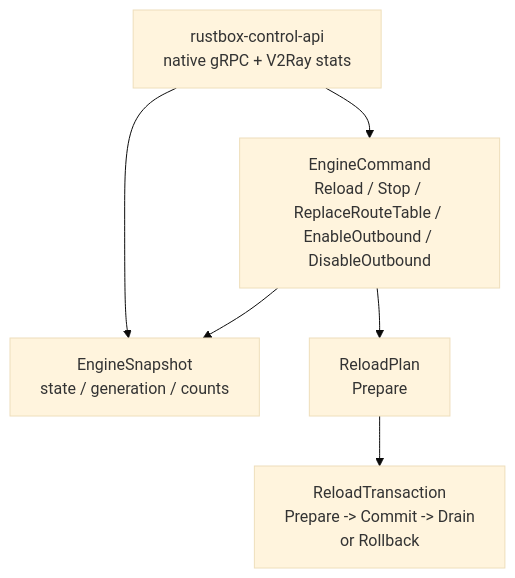
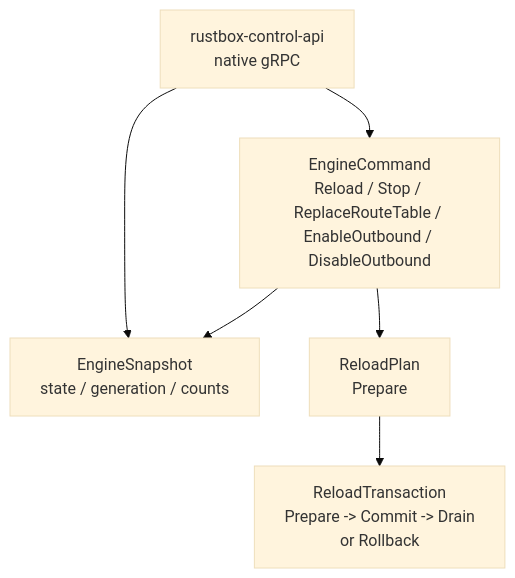
One commit to loafman1120/RustBox changed the fourth of 9 diagrams in docs/current-architecture.md. Above: the diagram before and after it, drawn with Mermaid (base theme). The commit also changed other lines of this file and 5 other files, not shown here.

Commit message:
Add control gRPC smoke CI

````diff
--- a/docs/current-architecture.md
+++ b/docs/current-architecture.md
@@ -337,14 +337,14 @@
 ```mermaid
 flowchart TB
     CMD["EngineCommand\nReload / Stop / ReplaceRouteTable / EnableOutbound / DisableOutbound"]
     SNAP["EngineSnapshot\nstate / generation / counts"]
     PLAN["ReloadPlan\nPrepare"]
     TX["ReloadTransaction\nPrepare -> Commit -> Drain\nor Rollback"]
-    API["rustbox-control-api\nnative gRPC + V2Ray stats"]
+    API["rustbox-control-api\nnative gRPC"]
 
     CMD --> SNAP
     CMD --> PLAN
     PLAN --> TX
     API --> CMD
     API --> SNAP
 ```
````
